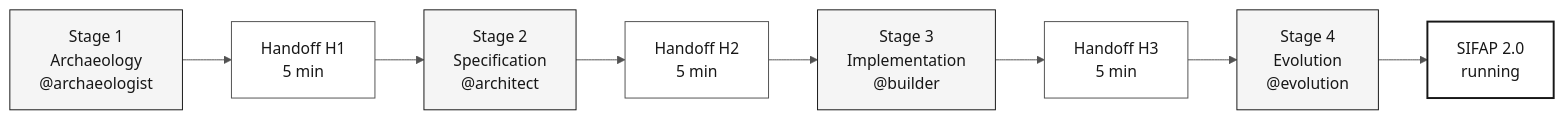
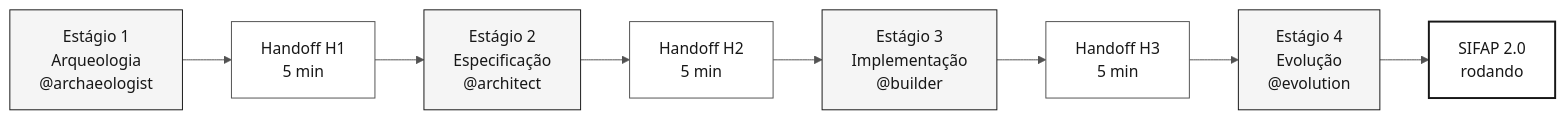
Before and after one commit to paulasilvatech/datacorp-sifap-team-kit-pt-br: the first of 2 diagrams in 00-SITEMAP.md, drawn with Mermaid. The commit also changed other lines of this file and 361 other files, not shown here.

````diff
--- a/00-SITEMAP.md
+++ b/00-SITEMAP.md
@@ -13,18 +13,18 @@
 ```mermaid
 %%{init: {'theme':'neutral','themeVariables':{'fontFamily':'ui-sans-serif, system-ui, sans-serif','primaryColor':'#F5F5F5','primaryTextColor':'#171717','primaryBorderColor':'#171717','lineColor':'#525252','secondaryColor':'#FFFFFF','tertiaryColor':'#FAFAFA','background':'#FFFFFF'}}}%%
 flowchart LR
     classDef step fill:#F5F5F5,stroke:#171717,color:#171717
     classDef handoff fill:#FFFFFF,stroke:#525252,color:#171717
     classDef result fill:#FFFFFF,stroke:#171717,color:#171717,stroke-width:2px
 
-    E1["Stage 1<br/>Archaeology<br/>@archaeologist"]:::step
+    E1["Estágio 1<br/>Arqueologia<br/>@archaeologist"]:::step
     H1["Handoff H1<br/>5 min"]:::handoff
-    E2["Stage 2<br/>Specification<br/>@architect"]:::step
+    E2["Estágio 2<br/>Especificação<br/>@architect"]:::step
     H2["Handoff H2<br/>5 min"]:::handoff
-    E3["Stage 3<br/>Implementation<br/>@builder"]:::step
+    E3["Estágio 3<br/>Implementação<br/>@builder"]:::step
     H3["Handoff H3<br/>5 min"]:::handoff
-    E4["Stage 4<br/>Evolution<br/>@evolution"]:::step
-    R["SIFAP 2.0<br/>running"]:::result
+    E4["Estágio 4<br/>Evolução<br/>@evolution"]:::step
+    R["SIFAP 2.0<br/>rodando"]:::result
 
     E1 --> H1 --> E2 --> H2 --> E3 --> H3 --> E4 --> R
 ```
````
